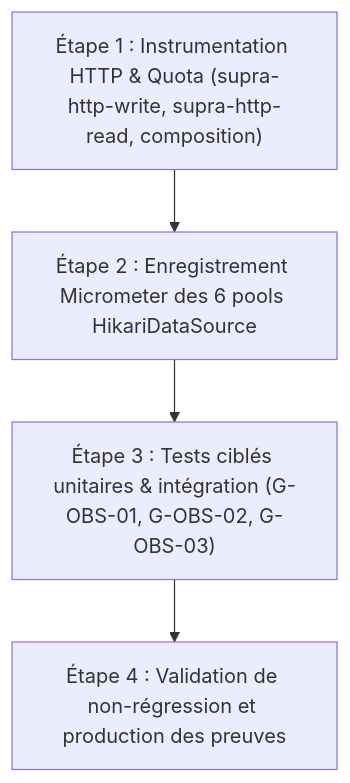
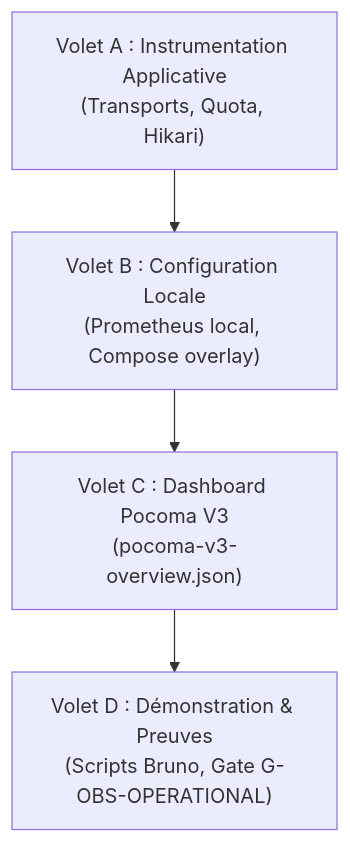
The fifth of 5 diagrams in docs/v3/L6_I1_Technical_Implementation_Plan.md (kartaguez/pocoma), drawn with Mermaid before and after one commit. The commit also changed other lines of this file, not shown here.

Commit message:
docs(v3): amend L6 I1 plan for operational observability and Bruno demo

````diff
--- a/docs/v3/L6_I1_Technical_Implementation_Plan.md
+++ b/docs/v3/L6_I1_Technical_Implementation_Plan.md
@@ -292,9 +461,9 @@
 ```mermaid
 flowchart TD
-    Step1["Étape 1 : Instrumentation HTTP & Quota (supra-http-write, supra-http-read, composition)"]
-    Step2["Étape 2 : Enregistrement Micrometer des 6 pools HikariDataSource"]
-    Step3["Étape 3 : Tests ciblés unitaires & intégration (G-OBS-01, G-OBS-02, G-OBS-03)"]
-    Step4["Étape 4 : Validation de non-régression et production des preuves"]
+    V_A["Volet A : Instrumentation Applicative\n(Transports, Quota, Hikari)"]
+    V_B["Volet B : Configuration Locale\n(Prometheus local, Compose overlay)"]
+    V_C["Volet C : Dashboard Pocoma V3\n(pocoma-v3-overview.json)"]
+    V_D["Volet D : Démonstration & Preuves\n(Scripts Bruno, Gate G-OBS-OPERATIONAL)"]
 
-    Step1 --> Step2 --> Step3 --> Step4
+    V_A --> V_B --> V_C --> V_D
 ```
````
